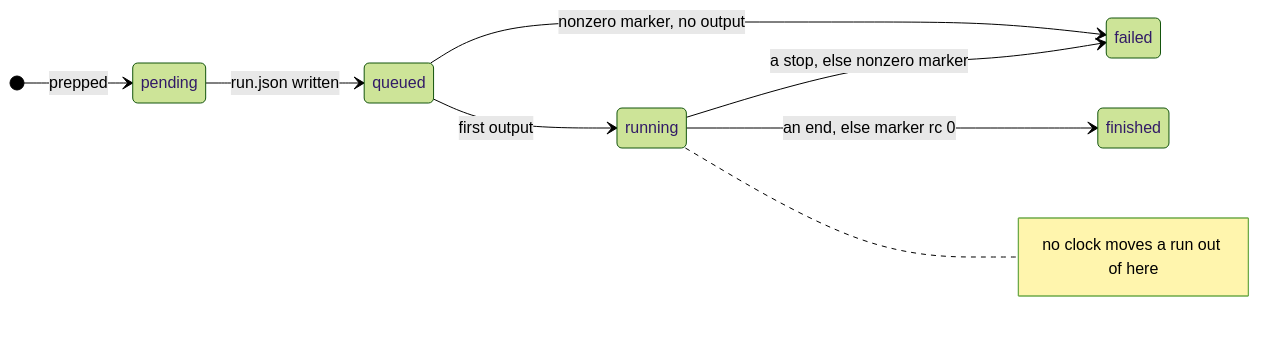
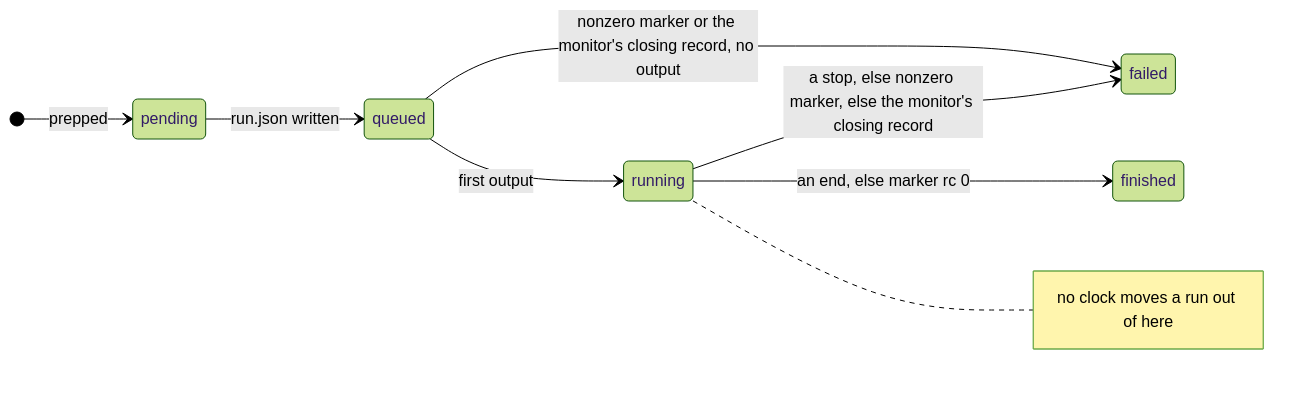
Before and after one commit to Qing-LAB/molbuilder: the fourth of 6 diagrams in docs/execution/running-a-job.md, drawn with Mermaid (forest theme). The commit also changed other lines of this file and 61 other files, not shown here.

````diff
--- a/docs/execution/running-a-job.md
+++ b/docs/execution/running-a-job.md
@@ -667,11 +678,11 @@
 ```mermaid
 stateDiagram-v2
     direction LR
     [*] --> pending: prepped
     pending --> queued: run.json written
     queued --> running: first output
-    queued --> failed: nonzero marker, no output
+    queued --> failed: nonzero marker or the monitor's closing record, no output
     running --> finished: an end, else marker rc 0
-    running --> failed: a stop, else nonzero marker
+    running --> failed: a stop, else nonzero marker, else the monitor's closing record
     note right of running: no clock moves a run out of here
 ```
````
